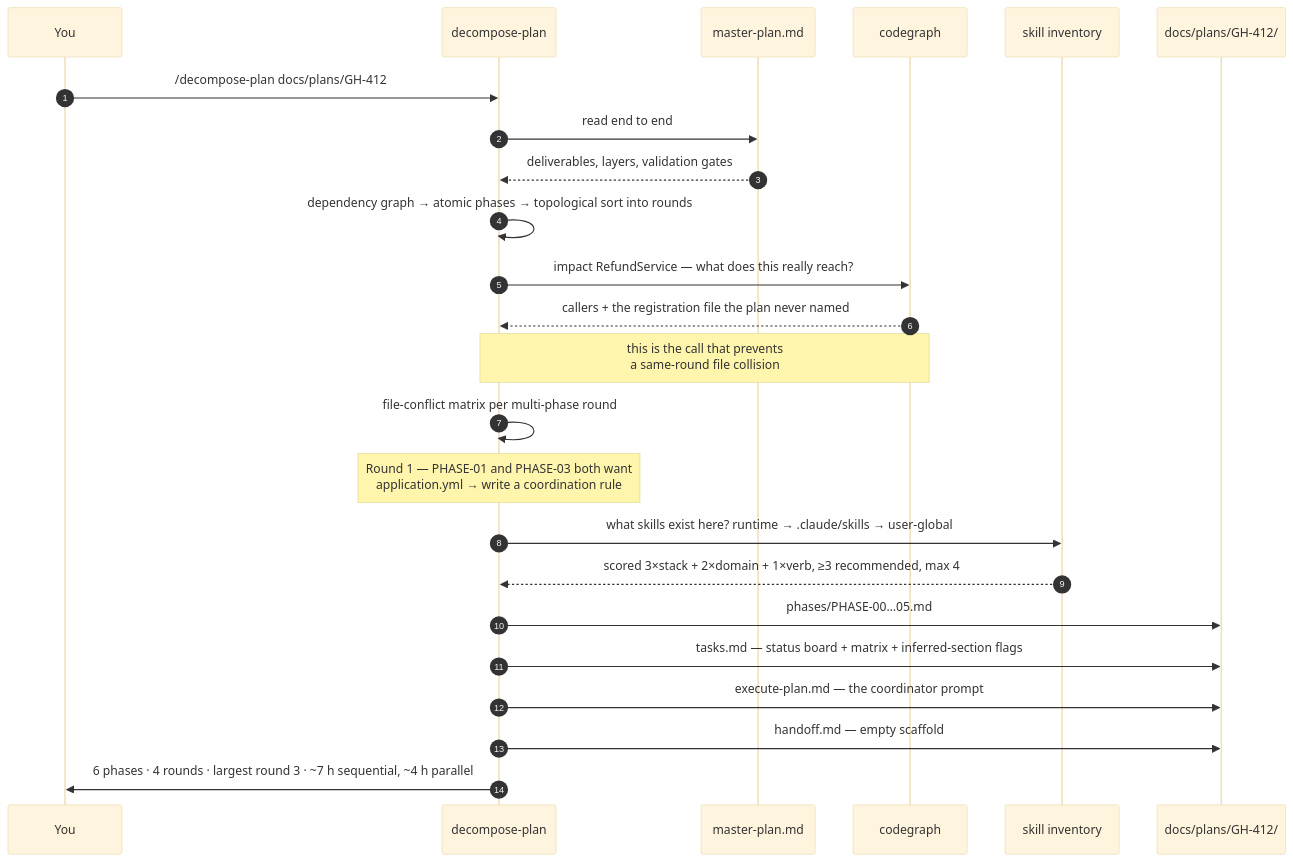
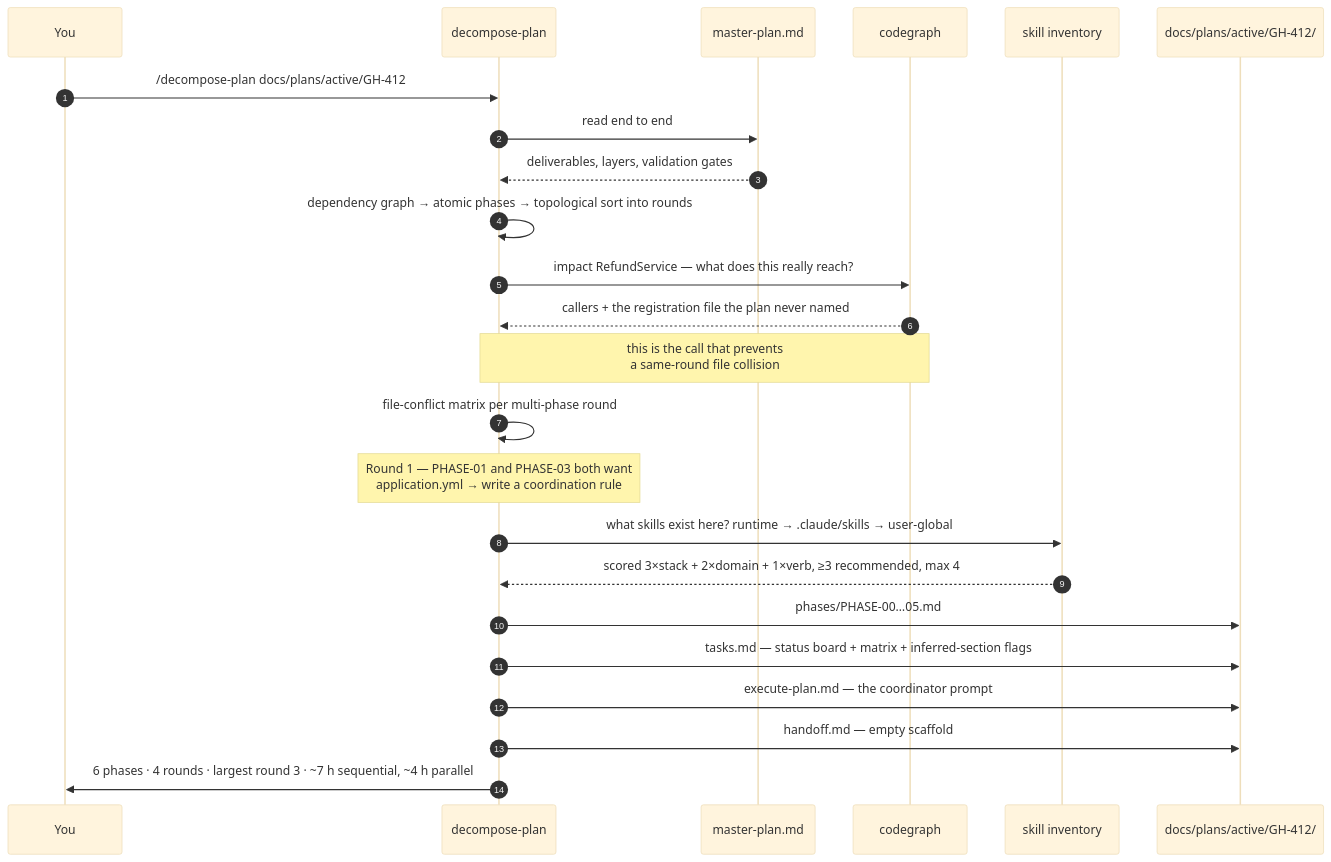
One commit to necofx/necofx-claude-marketplace changed the fourth of 13 diagrams in docs/master-plan-pack/TUTORIAL.md. Above: the diagram before and after it, drawn with Mermaid (base theme). The commit also changed other lines of this file, not shown here.

Commit message:
TUTORIAL: Part 6 close-out, active/ layout, four plugins

````diff
--- a/docs/master-plan-pack/TUTORIAL.md
+++ b/docs/master-plan-pack/TUTORIAL.md
@@ -353,31 +354,31 @@
 ```mermaid
 sequenceDiagram
     autonumber
     participant U as You
     participant S as decompose-plan
     participant M as master-plan.md
     participant CG as codegraph
     participant I as skill inventory
-    participant F as docs/plans/GH-412/
+    participant F as docs/plans/active/GH-412/
 
-    U->>S: /decompose-plan docs/plans/GH-412
+    U->>S: /decompose-plan docs/plans/active/GH-412
     S->>M: read end to end
     M-->>S: deliverables, layers, validation gates
     S->>S: dependency graph → atomic phases → topological sort into rounds
 
     S->>CG: impact RefundService — what does this really reach?
     CG-->>S: callers + the registration file the plan never named
     Note over S,CG: this is the call that prevents<br/>a same-round file collision
 
     S->>S: file-conflict matrix per multi-phase round
     Note over S: Round 1 — PHASE-01 and PHASE-03 both want<br/>application.yml → write a coordination rule
 
     S->>I: what skills exist here? runtime → .claude/skills → user-global
     I-->>S: scored 3×stack + 2×domain + 1×verb, ≥3 recommended, max 4
 
     S->>F: phases/PHASE-00…05.md
     S->>F: tasks.md — status board + matrix + inferred-section flags
     S->>F: execute-plan.md — the coordinator prompt
     S->>F: handoff.md — empty scaffold
     S->>U: 6 phases · 4 rounds · largest round 3 · ~7 h sequential, ~4 h parallel
 ```
````
